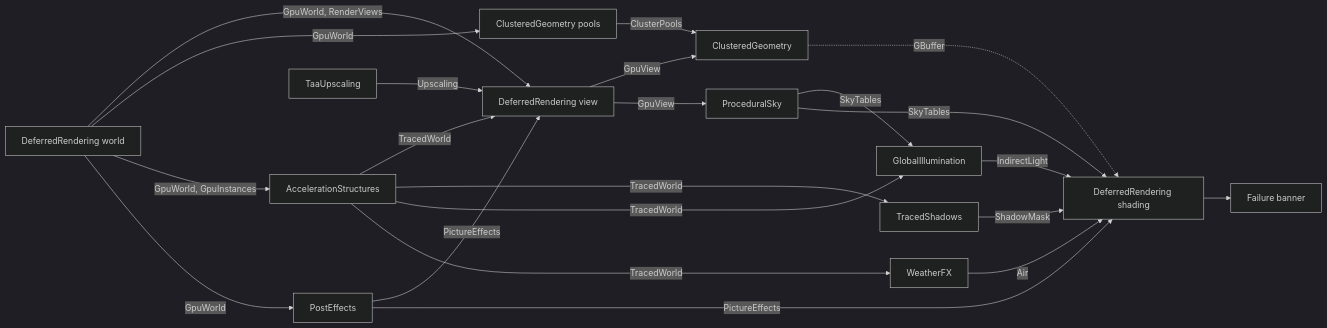
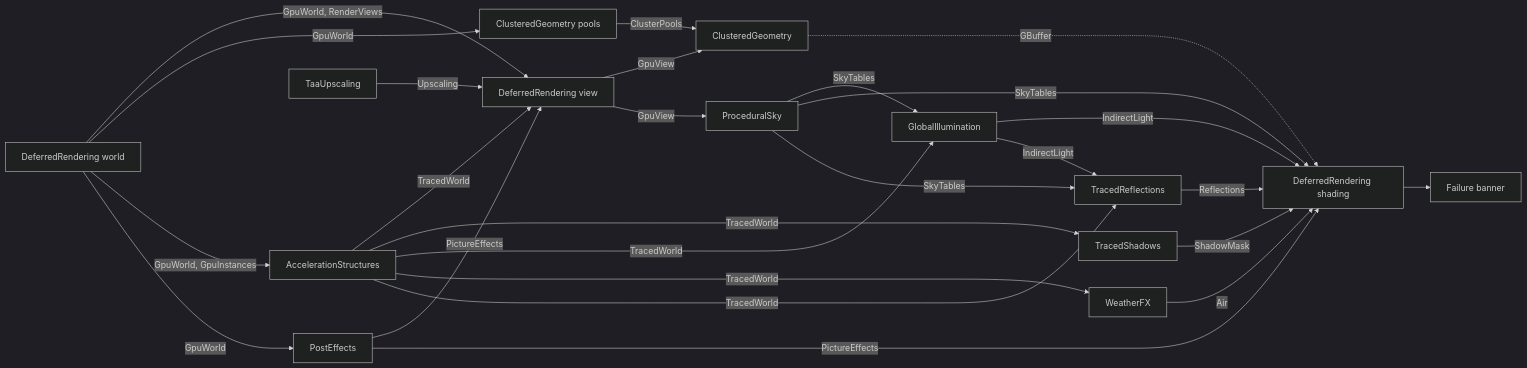
The diagram in docs/RENDERING.md (Konfus-org/Magic), drawn with Mermaid (dark theme) before and after one commit. The commit also changed other lines of this file and 107 other files, not shown here.

````diff
--- a/docs/RENDERING.md
+++ b/docs/RENDERING.md
@@ -11,24 +12,28 @@
 ```mermaid
 flowchart LR
     World[DeferredRendering world] -- GpuWorld, RenderViews --> View[DeferredRendering view]
     World -- GpuWorld --> Pools[ClusteredGeometry pools]
     World -- GpuWorld, GpuInstances --> Accel[AccelerationStructures]
     World -- GpuWorld --> Post[PostEffects]
     Taa[TaaUpscaling] -- Upscaling --> View
     Post -- PictureEffects --> View
     Accel -- TracedWorld --> View
     View -- GpuView --> Clusters[ClusteredGeometry]
     View -- GpuView --> Sky[ProceduralSky]
     Sky -- SkyTables --> GI
     Sky -- SkyTables --> Shading
+    Sky -- SkyTables --> Refl
     Pools -- ClusterPools --> Clusters
     Accel -- TracedWorld --> Shadows[TracedShadows]
     Accel -- TracedWorld --> GI[GlobalIllumination]
     Accel -- TracedWorld --> Vol[WeatherFX]
     Shadows -- ShadowMask --> Shading[DeferredRendering shading]
     GI -- IndirectLight --> Shading
+    Accel -- TracedWorld --> Refl[TracedReflections]
+    GI -- IndirectLight --> Refl
+    Refl -- Reflections --> Shading
     Vol -- Air --> Shading
     Post -- PictureEffects --> Shading
     Clusters -. GBuffer .-> Shading
     Shading --> Banner[Failure banner]
 ```
````
